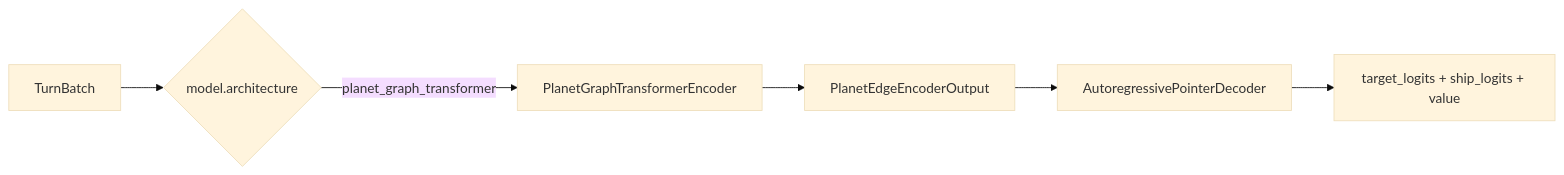
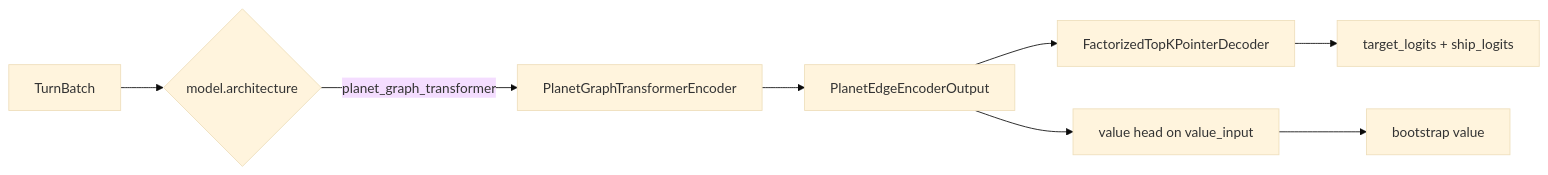
The diagram in docs/architecture/jax-policy-encoder.md (jmduea/orbit_wars), drawn with Mermaid (base theme) before and after one commit. The commit also changed other lines of this file and 5 other files, not shown here.

````diff
--- a/docs/architecture/jax-policy-encoder.md
+++ b/docs/architecture/jax-policy-encoder.md
@@ -9,8 +12,10 @@
 ```mermaid
 flowchart LR
     TB[TurnBatch] --> DISPATCH{model.architecture}
     DISPATCH -->|planet_graph_transformer| TX[PlanetGraphTransformerEncoder]
     TX --> OUT[PlanetEdgeEncoderOutput]
-    OUT --> DEC[AutoregressivePointerDecoder]
-    DEC --> ACT[target_logits + ship_logits + value]
+    OUT --> DEC[FactorizedTopKPointerDecoder]
+    OUT --> VH[value head on value_input]
+    DEC --> ACT[target_logits + ship_logits]
+    VH --> VAL[bootstrap value]
 ```
````
